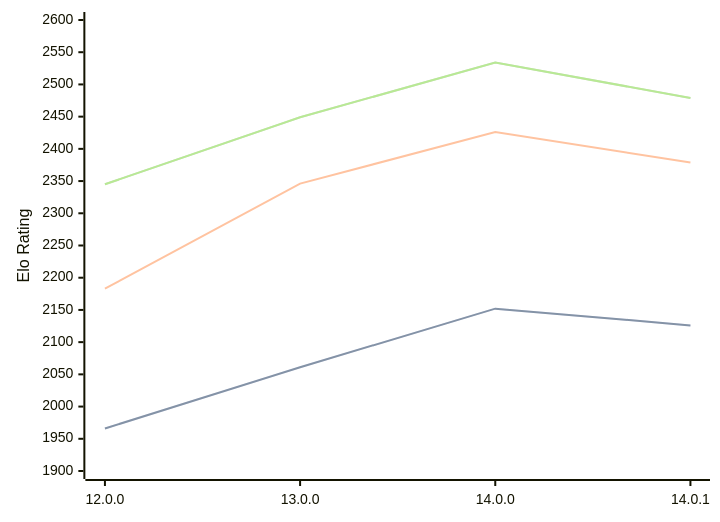
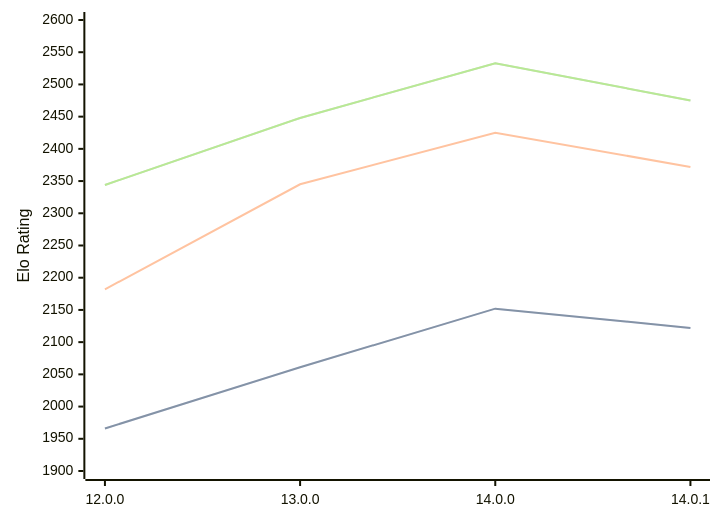
Before and after one commit to computer-chess-index/cci: the diagram in engines/Cepimetheus.md, drawn with Mermaid. The commit also changed other lines of this file, not shown here.

Commit message:
Update CCI Ratings (ELO VLTC) - 2026-08-11

````diff
--- a/engines/Cepimetheus.md
+++ b/engines/Cepimetheus.md
@@ -65,11 +65,11 @@
 ```mermaid
 %%{init: {"theme":"base","themeVariables":{"seriesColors:['#a3a3a3','#222221','#faa371']}}}%%
 xychart-beta
   x-axis ["12.0.0", "13.0.0", "14.0.0", "14.0.1"]
   y-axis "Elo Rating" 1900 --> 2600
-  line "STC (8.0+0.08s)" [1966, 2061, 2152, 2126]
-  line "STC (8.0+0.08s)" [1966, 2061, 2152, 2126]
-  line "LTC (60.0+0.60s)" [2183, 2346, 2426, 2379]
-  line "VLTC (2m24s+1.12s)" [2345, 2449, 2534, 2479]
-  line "VLTC (2m24s+1.12s)" [2345, 2449, 2534, 2479]
+  line "STC (8.0+0.08s)" [1966, 2061, 2152, 2122]
+  line "STC (8.0+0.08s)" [1966, 2061, 2152, 2122]
+  line "LTC (60.0+0.60s)" [2182, 2345, 2425, 2372]
+  line "VLTC (2m24s+1.12s)" [2344, 2448, 2533, 2475]
+  line "VLTC (2m24s+1.12s)" [2344, 2448, 2533, 2475]
 ```
````
